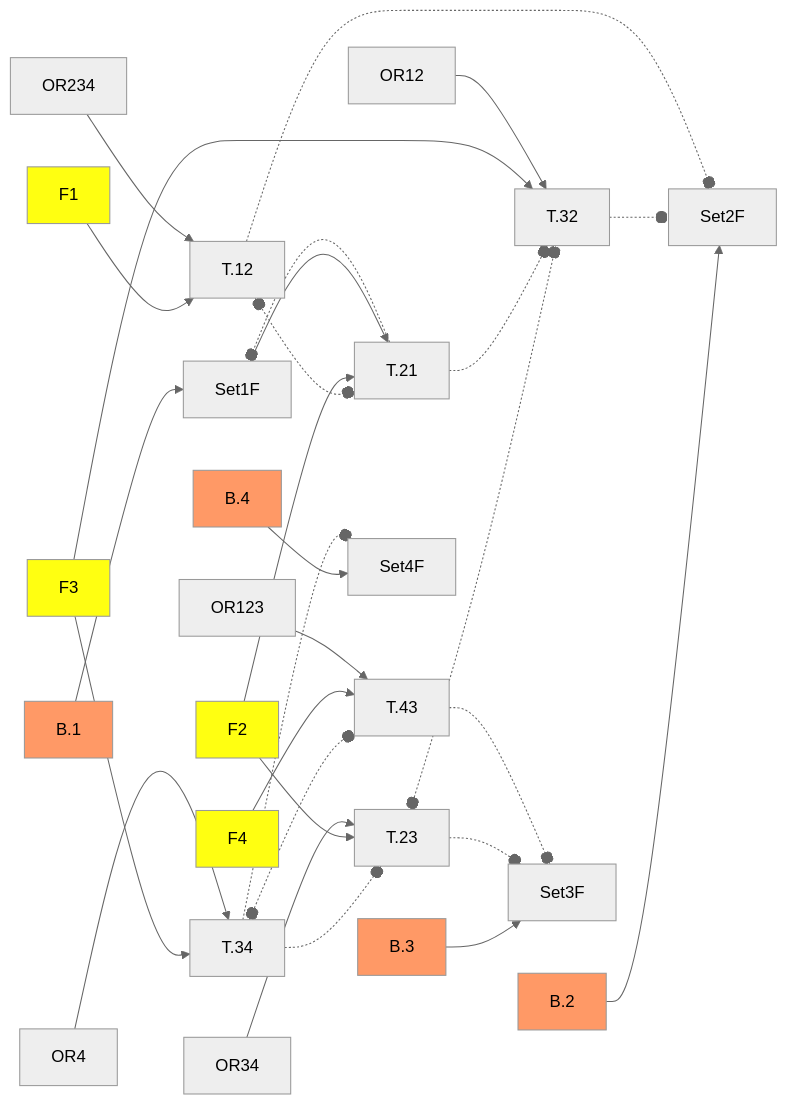
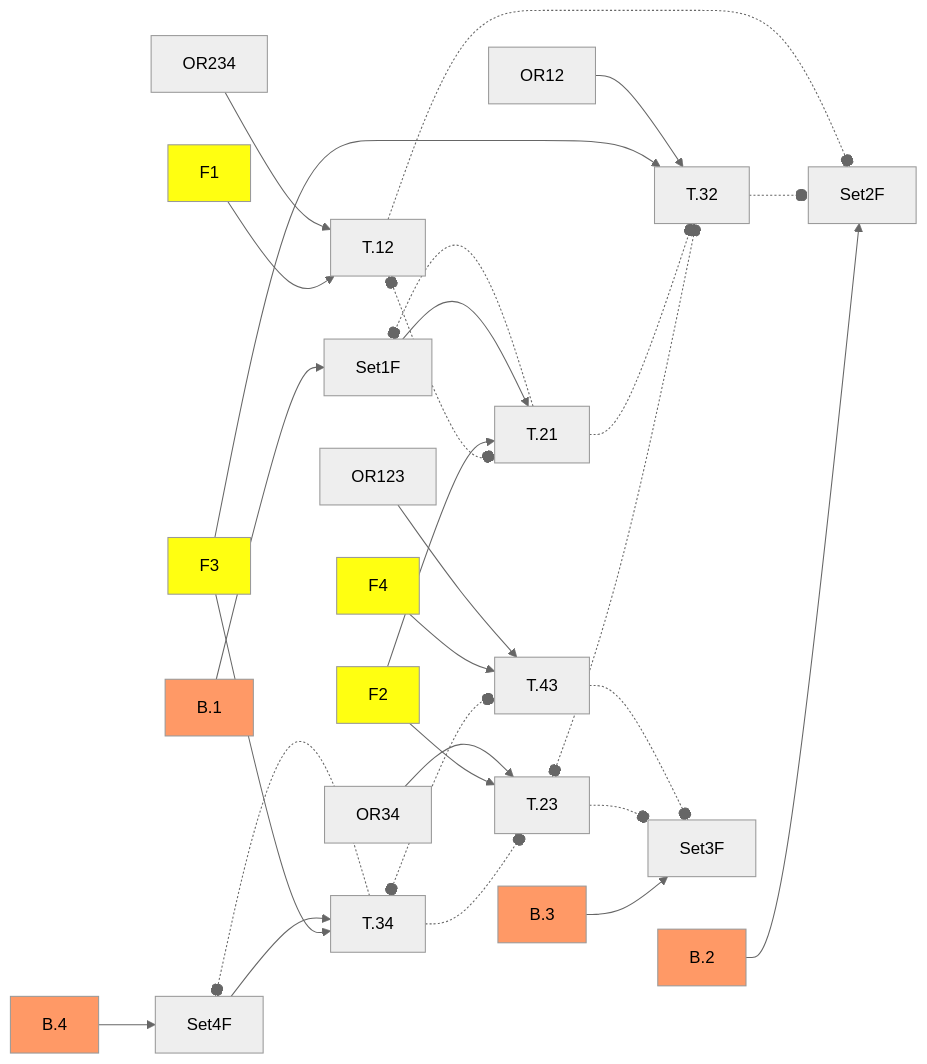
Before and after one commit to DualsoftDev/ds: the diagram in Doc/Samples/elevator-callSeg.md, drawn with Mermaid (neutral theme). The commit also changed 3 other files, not shown here.

````diff
--- a/Doc/Samples/elevator-callSeg.md
+++ b/Doc/Samples/elevator-callSeg.md
@@ -48,33 +48,33 @@
 ```mermaid
 flowchart LR
     classDef button fill:#f96;
     classDef floor fill:#ff1;
 
     B.1:::button --> Set1F 
     T.21 -.-o  Set1F 
 
     B.2:::button --> Set2F 
     T.32 -.-o  Set2F 
     T.12 -.-o  Set2F 
 
     B.3:::button --> Set3F 
     T.23 -.-o  Set3F 
     T.43 -.-o  Set3F 
 
     B.4:::button --> Set4F 
     T.34 -.-o  Set4F 
 
     T.12 o.-o T.21
     T.23 o.-o T.32
     T.34 o.-o T.43
 
     T.34 .-o T.23
     T.21 .-o T.32
 
     F1:::floor & OR234 --> T.12
     F2:::floor & OR34 --> T.23
-    F3:::floor & OR4 --> T.34
+    F3:::floor & Set4F --> T.34
     F4:::floor & OR123 --> T.43
-    F3:::floor & OR12 --> T.32
+    F3:::floor & OR12 --> T.32    
     F2:::floor & Set1F --> T.21
 ```
````
